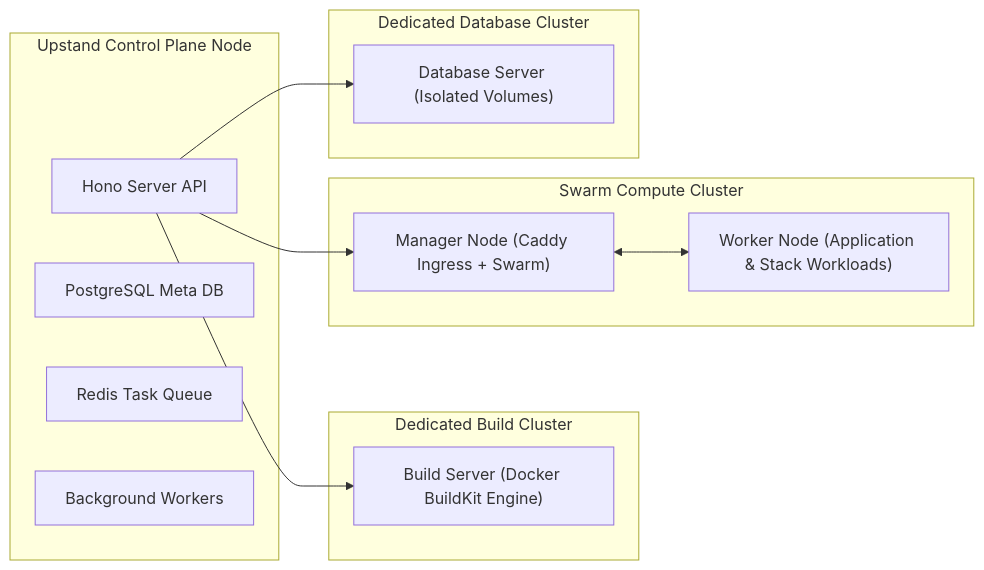
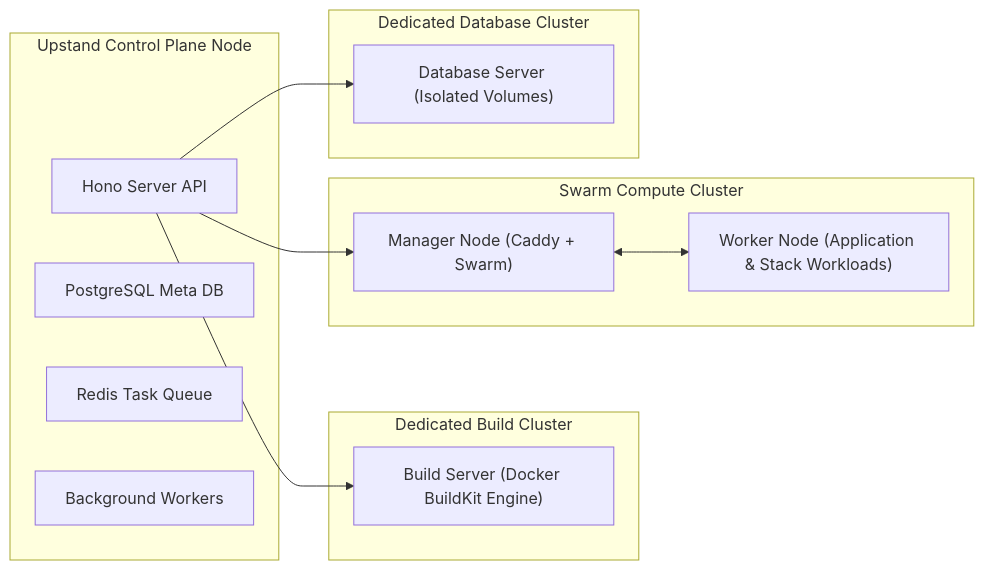
The second of 2 diagrams in apps/fumadocs/content/docs/getting-started/concepts.mdx (UpstandPlatform/upstand), drawn with Mermaid before and after one commit. The commit also changed other lines of this file and 942 other files, not shown here.

````diff
--- a/apps/fumadocs/content/docs/getting-started/concepts.mdx
+++ b/apps/fumadocs/content/docs/getting-started/concepts.mdx
@@ -60,27 +60,27 @@
 ```mermaid
 graph LR
     subgraph ControlPlane["Upstand Control Plane Node"]
         API["Hono Server API"]
         DB["PostgreSQL Meta DB"]
         RedisQueue["Redis Task Queue"]
         Workers["Background Workers"]
     end
 
     subgraph BuildNodes["Dedicated Build Cluster"]
         BuildServer["Build Server (Docker BuildKit Engine)"]
     end
 
     subgraph DeployNodes["Swarm Compute Cluster"]
-        DeployServer1["Manager Node (Caddy Ingress + Swarm)"]
+        DeployServer1["Manager Node (Caddy + Swarm)"]
         DeployServer2["Worker Node (Application & Stack Workloads)"]
     end
 
     subgraph DbNodes["Dedicated Database Cluster"]
         DbServer["Database Server (Isolated Volumes)"]
     end
 
     API --> BuildServer
     API --> DeployServer1
     DeployServer1 <--> DeployServer2
     API --> DbServer
 ```
````
